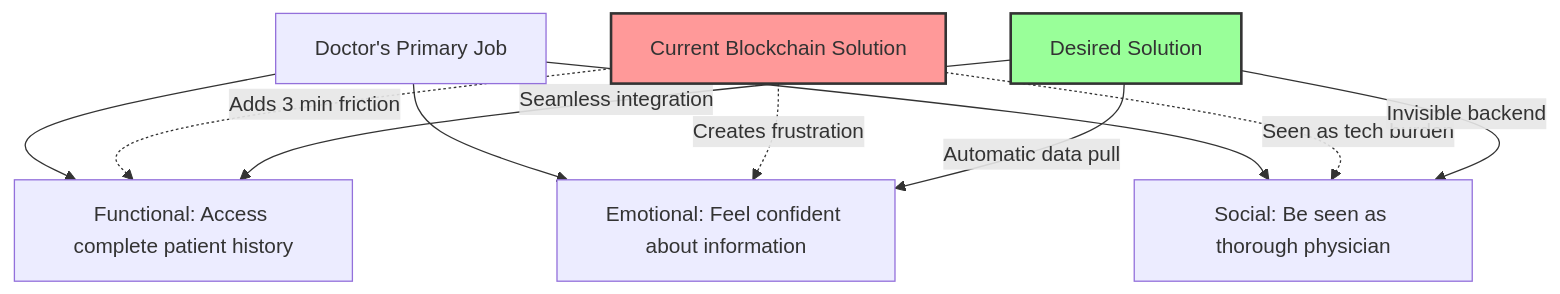
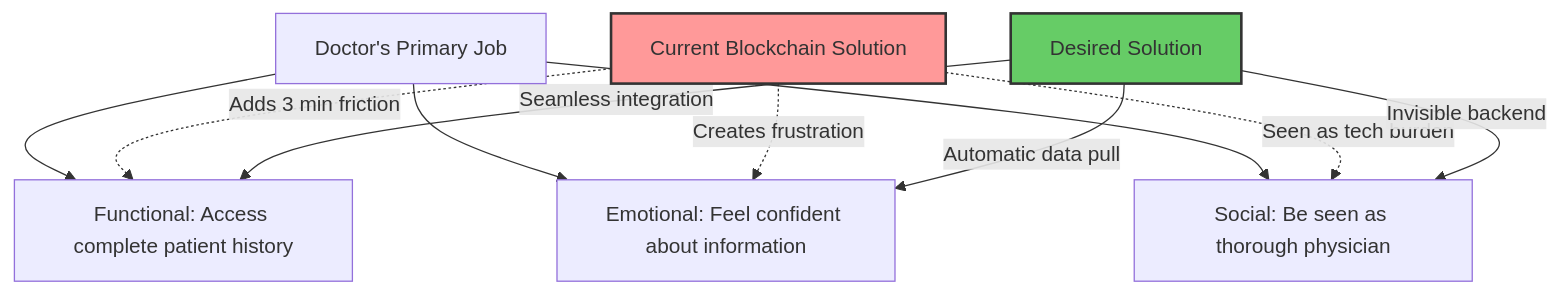
One commit to ljg-cqu/knowledge changed the seventh of 16 diagrams in Industry/Blockchain/Blockchain/ValueChain/QA_DeepSeek.md. Above: the diagram before and after it, drawn with Mermaid. The commit also changed other lines of this file and 6 other files, not shown here.

````diff
--- a/Industry/Blockchain/Blockchain/ValueChain/QA_DeepSeek.md
+++ b/Industry/Blockchain/Blockchain/ValueChain/QA_DeepSeek.md
@@ -509,17 +509,17 @@
 ```mermaid
 graph TD
     A[Doctor's Primary Job] --> B[Functional: Access complete patient history]
     A --> C[Emotional: Feel confident about information]
     A --> D[Social: Be seen as thorough physician]
     
     E[Current Blockchain Solution] -.->|Adds 3 min friction| B
     E -.->|Creates frustration| C
     E -.->|Seen as tech burden| D
     
     F[Desired Solution] -->|Seamless integration| B
     F -->|Automatic data pull| C
     F -->|Invisible backend| D
     
     style E fill:#f99,stroke:#333,stroke-width:2px
-    style F fill:#9f9,stroke:#333,stroke-width:2px
+    style F fill:#6c6,stroke:#333,stroke-width:2px
 ```
````
